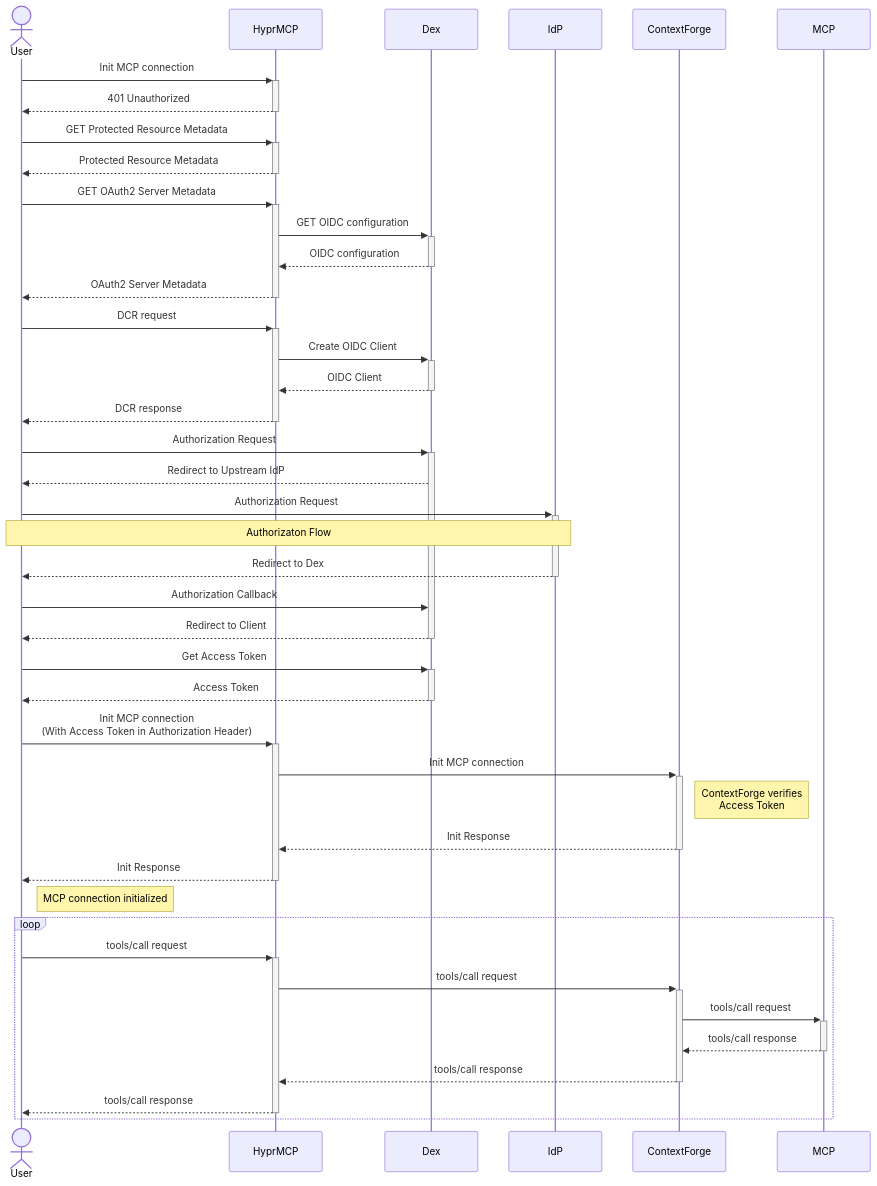
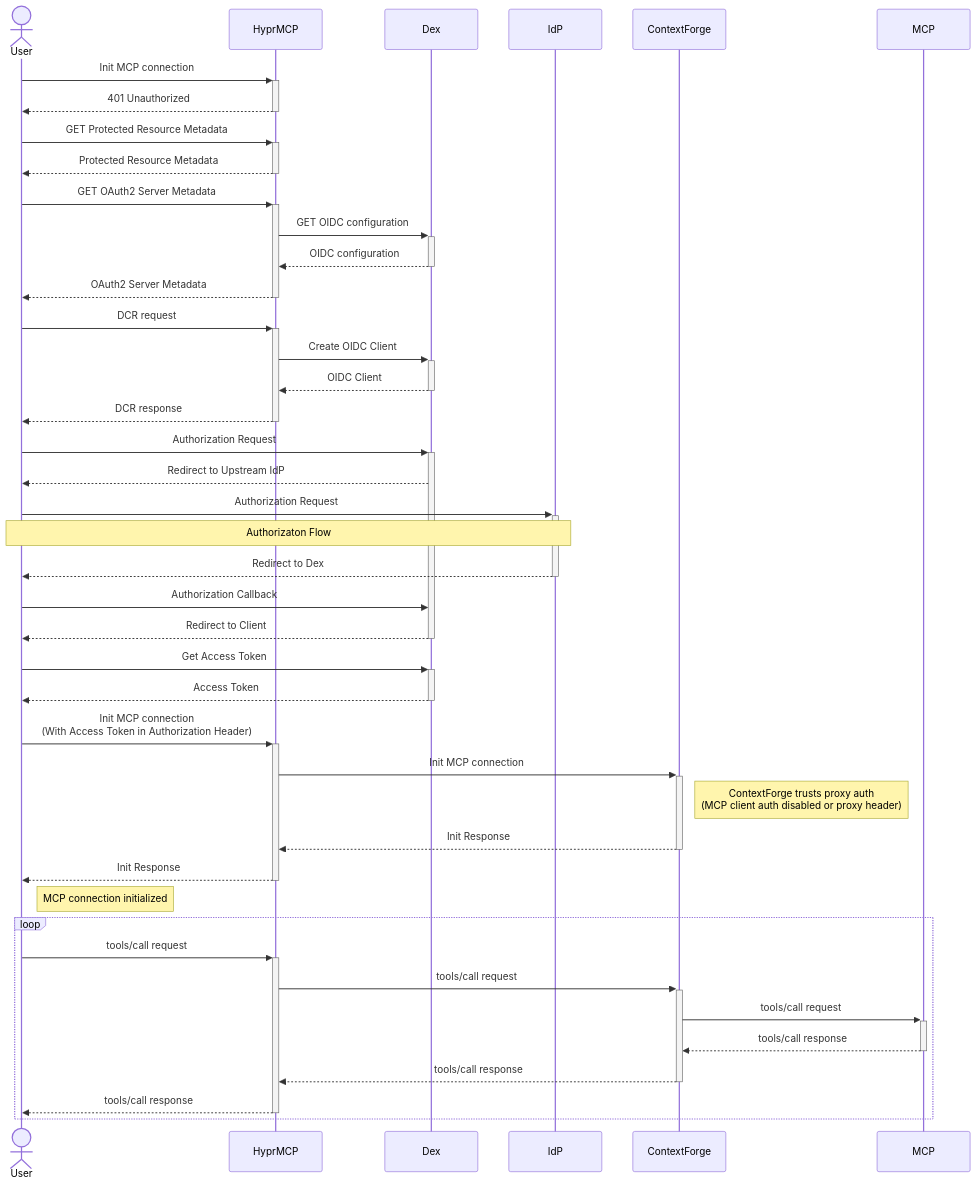
The diagram in docs/docs/tutorials/dcr-hyprmcp.md (tedhabeck/mcp-context-forge), drawn with Mermaid before and after one commit. The commit also changed 147 other files, not shown here.

First line of the commit message:
docs: refresh docs formatting, links, and diagrams (#2624)

````diff
--- a/docs/docs/tutorials/dcr-hyprmcp.md
+++ b/docs/docs/tutorials/dcr-hyprmcp.md
@@ -23,51 +23,51 @@
 ```mermaid
 sequenceDiagram
     actor User
     participant HyprMCP
     participant Dex
     participant IdP
     participant ContextForge
     participant MCP
 
     User->>+HyprMCP: Init MCP connection
     HyprMCP-->>-User: 401 Unauthorized
     User->>+HyprMCP: GET Protected Resource Metadata
     HyprMCP-->>-User: Protected Resource Metadata
 
     User->>+HyprMCP: GET OAuth2 Server Metadata
     HyprMCP->>+Dex: GET OIDC configuration
     Dex-->>-HyprMCP: OIDC configuration
     HyprMCP-->>-User: OAuth2 Server Metadata
 
     User->>+HyprMCP: DCR request
     HyprMCP->>+Dex: Create OIDC Client
     Dex-->>-HyprMCP: OIDC Client
     HyprMCP-->>-User: DCR response
 
     User->>+Dex: Authorization Request
     Dex-->>User: Redirect to Upstream IdP
     User->>+IdP: Authorization Request
     Note over User,IdP: Authorizaton Flow
     IdP-->>-User: Redirect to Dex
     User->>Dex: Authorization Callback
     Dex-->>-User: Redirect to Client
 
     User->>+Dex: Get Access Token
     Dex-->>-User: Access Token
 
     User->>+HyprMCP: Init MCP connection<br>(With Access Token in Authorization Header)
     HyprMCP->>+ContextForge: Init MCP connection
-    note right of ContextForge: ContextForge verifies<br>Access Token
+    note right of ContextForge: ContextForge trusts proxy auth<br/>(MCP client auth disabled or proxy header)
     ContextForge-->>-HyprMCP: Init Response
     HyprMCP-->>-User: Init Response
     Note right of User: MCP connection initialized
 
     loop
         User->>+HyprMCP: tools/call request
         HyprMCP->>+ContextForge: tools/call request
         ContextForge->>+MCP: tools/call request
         MCP-->>-ContextForge: tools/call response
         ContextForge-->>-HyprMCP: tools/call response
         HyprMCP-->>-User: tools/call response
     end
 ```
````
